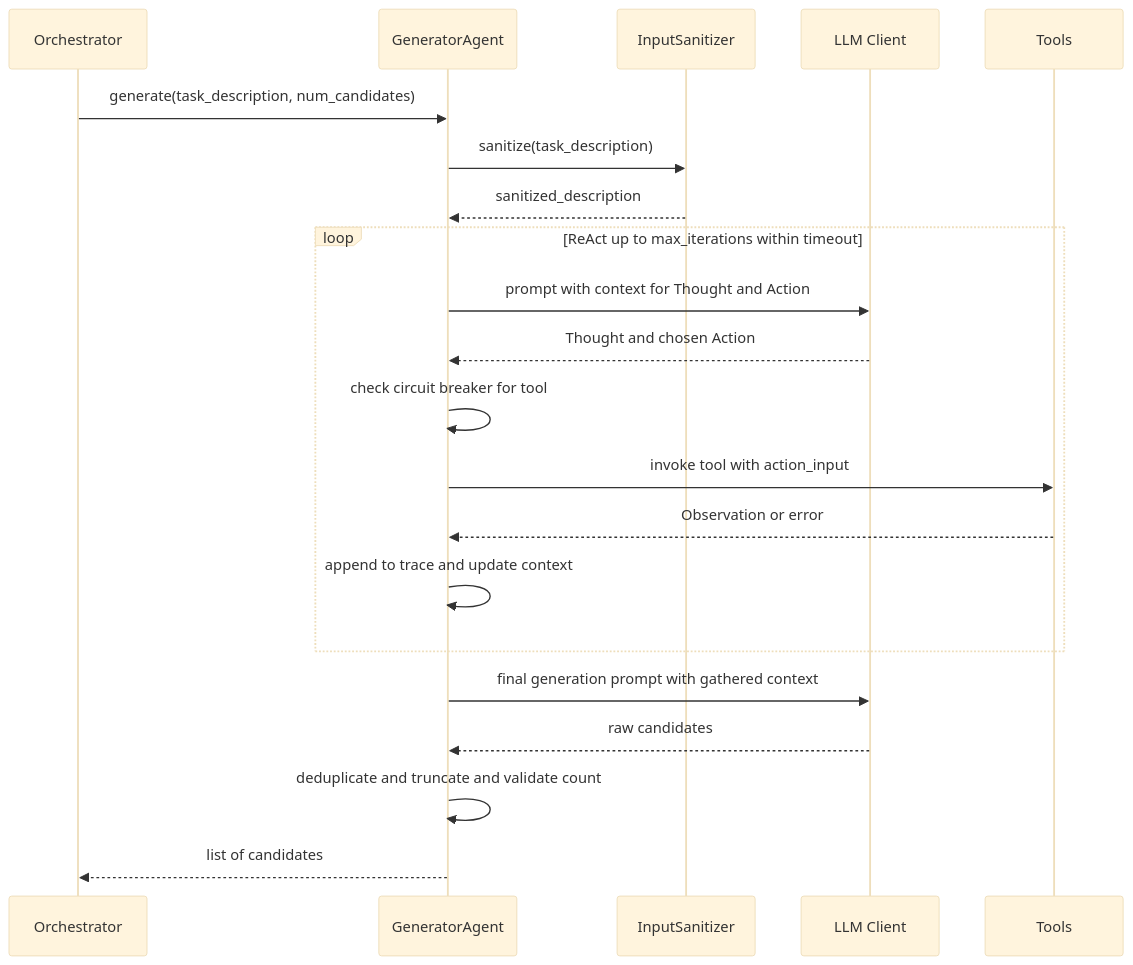
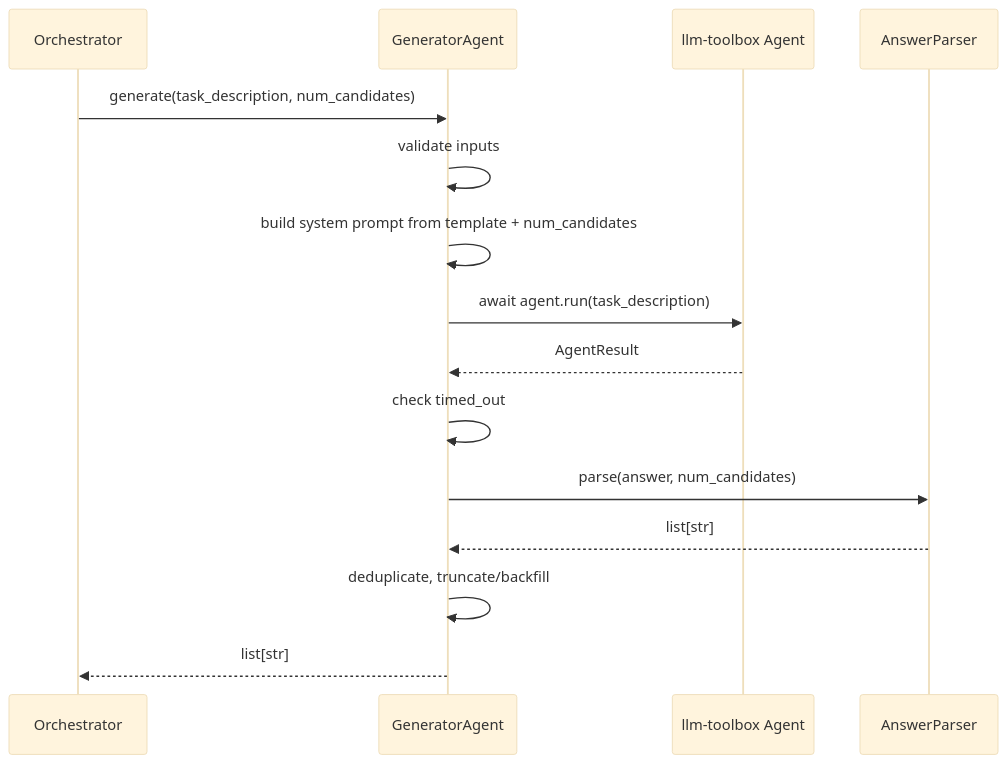
One commit to anipmehta/prompt-optimization-system changed the second of 2 diagrams in .kiro/specs/generator-react-agent/design.md. Above: the diagram before and after it, drawn with Mermaid (base theme). The commit also changed other lines of this file and 2 other files, not shown here.

First line of the commit message:
spec: simplify generator-react-agent to thin adapter over llm-toolbox

````diff
--- a/.kiro/specs/generator-react-agent/design.md
+++ b/.kiro/specs/generator-react-agent/design.md
@@ -38,26 +36,18 @@
 ```mermaid
 sequenceDiagram
     participant O as Orchestrator
-    participant A as GeneratorAgent
-    participant S as InputSanitizer
-    participant L as LLM Client
-    participant T as Tools
+    participant GA as GeneratorAgent
+    participant A as llm-toolbox Agent
+    participant P as AnswerParser
 
-    O->>A: generate(task_description, num_candidates)
-    A->>S: sanitize(task_description)
-    S-->>A: sanitized_description
-
-    loop ReAct up to max_iterations within timeout
-        A->>L: prompt with context for Thought and Action
-        L-->>A: Thought and chosen Action
-        A->>A: check circuit breaker for tool
-        A->>T: invoke tool with action_input
-        T-->>A: Observation or error
-        A->>A: append to trace and update context
-    end
-
-    A->>L: final generation prompt with gathered context
-    L-->>A: raw candidates
-    A->>A: deduplicate and truncate and validate count
-    A-->>O: list of candidates
+    O->>GA: generate(task_description, num_candidates)
+    GA->>GA: validate inputs
+    GA->>GA: build system prompt from template + num_candidates
+    GA->>A: await agent.run(task_description)
+    A-->>GA: AgentResult
+    GA->>GA: check timed_out
+    GA->>P: parse(answer, num_candidates)
+    P-->>GA: list[str]
+    GA->>GA: deduplicate, truncate/backfill
+    GA-->>O: list[str]
 ```
````
